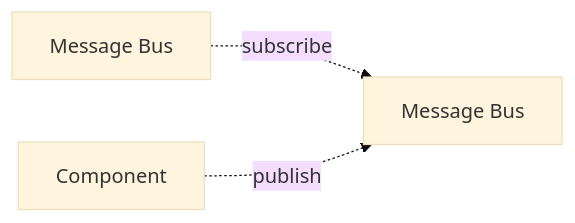
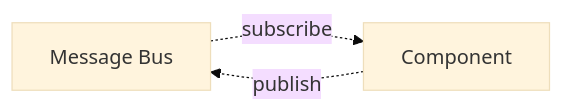
The first of 3 diagrams in documentation/architecture.md (sodacan-net/sodacan-core), drawn with Mermaid (base theme) before and after one commit.

Commit message:
Clean up dataflow diagram

````diff
--- a/documentation/architecture.md
+++ b/documentation/architecture.md
@@ -28,5 +28,5 @@
 ```mermaid
 flowchart LR;
     A[Message Bus] -. subscribe .-> B[Component];
-    C[Component] -. publish .-> B[Message Bus];
+    B[Component] -. publish .-> A[Message Bus];
 ```
````
